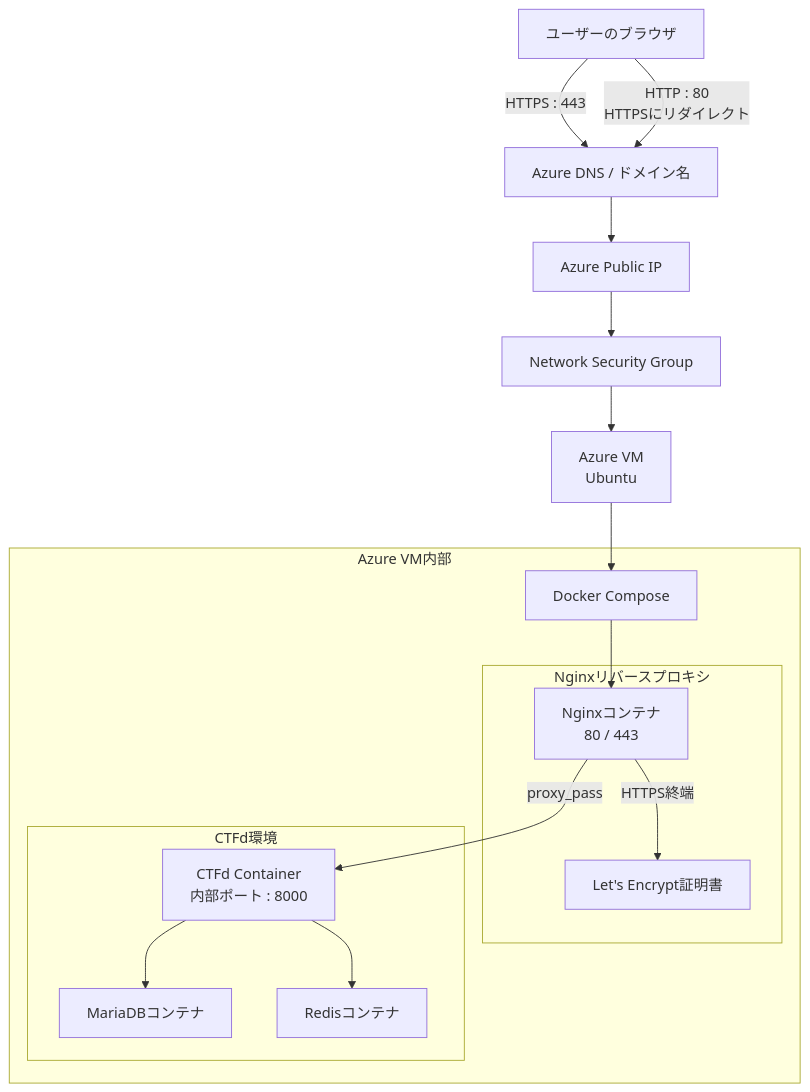
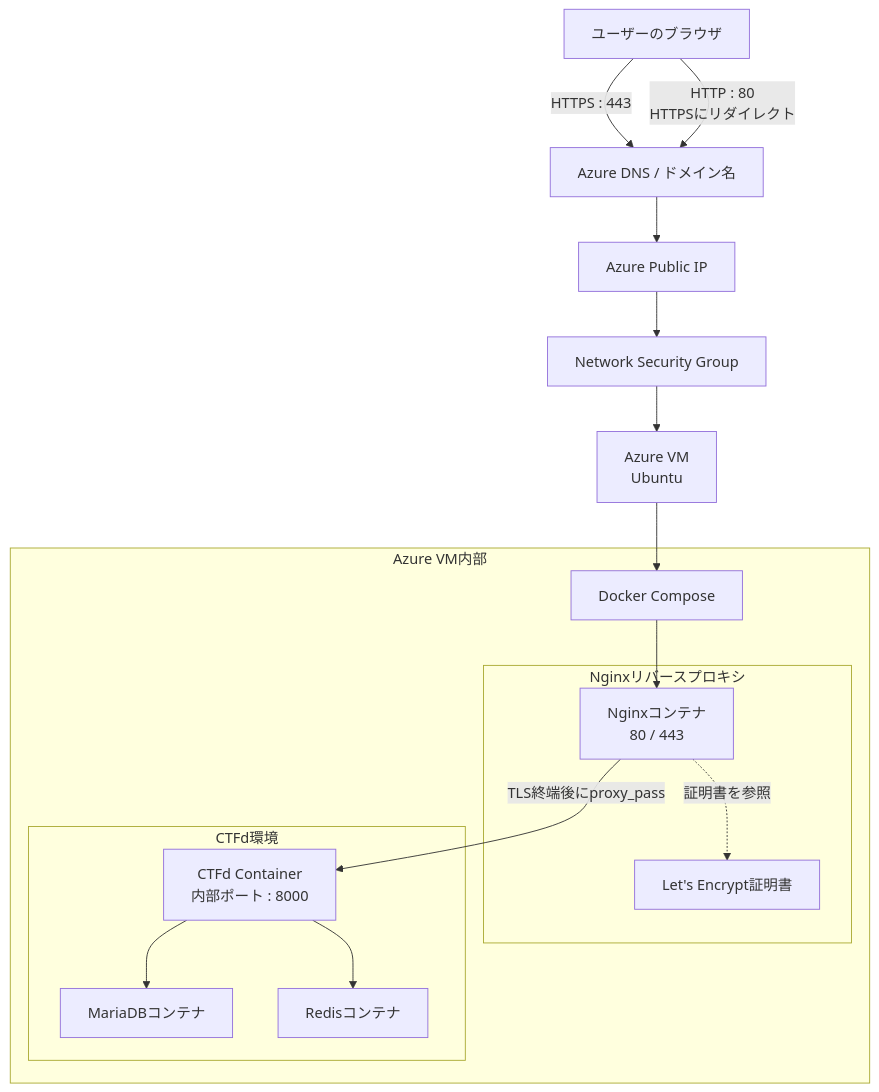
One commit to keiji2025/ctfd-infrastructure-notes changed the first of 2 diagrams in README.md. Above: the diagram before and after it, drawn with Mermaid. The commit also changed other lines of this file, not shown here.

````diff
--- a/README.md
+++ b/README.md
@@ -86,37 +86,37 @@
 ```mermaid
 flowchart TD
     Client[ユーザーのブラウザ]
     DNS[Azure DNS / ドメイン名]
     PublicIP[Azure Public IP]
     NSG[Network Security Group]
     VM[Azure VM<br/>Ubuntu]
 
     Client -->|HTTPS : 443| DNS
     Client -->|HTTP : 80<br/>HTTPSにリダイレクト| DNS
     DNS --> PublicIP
     PublicIP --> NSG
     NSG --> VM
 
     subgraph AzureVM[Azure VM内部]
         Docker[Docker Compose]
 
         subgraph ReverseProxy[Nginxリバースプロキシ]
             Nginx[Nginxコンテナ<br/>80 / 443]
             Cert[Let's Encrypt証明書]
         end
 
         subgraph CTFdStack[CTFd環境]
             CTFd[CTFd Container<br/>内部ポート : 8000]
             DB[MariaDBコンテナ]
             Redis[Redisコンテナ]
         end
     end
 
     VM --> Docker
     Docker --> Nginx
-    Nginx -->|HTTPS終端| Cert
-    Nginx -->|proxy_pass| CTFd
+    Nginx -.->|証明書を参照| Cert
+    Nginx -->|TLS終端後にproxy_pass| CTFd
 
     CTFd --> DB
     CTFd --> Redis
 ```
````
